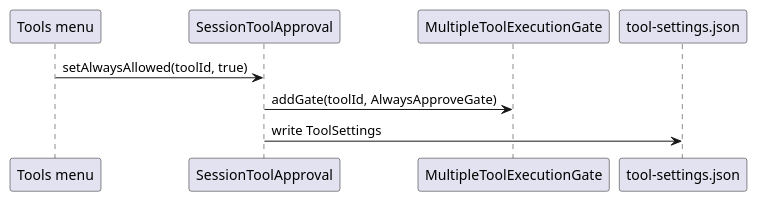
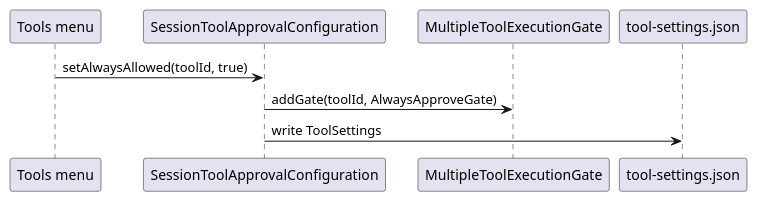
One commit to przemSzer/Desktop-LLM-Client changed the first of 3 diagrams in docs/tools/tool-approval.adoc. Above: the diagram before and after it, drawn with PlantUML.

Commit message:
Small doc fix

```diff
--- a/docs/tools/tool-approval.adoc
+++ b/docs/tools/tool-approval.adoc
@@ -29,13 +29,13 @@
 [plantuml]
 ----
 @startuml
 participant "Tools menu" as UI
-participant "SessionToolApproval" as Policy
+participant "SessionToolApprovalConfiguration" as Policy
 participant "MultipleToolExecutionGate" as Gate
 participant "tool-settings.json" as File
 
 UI -> Policy : setAlwaysAllowed(toolId, true)
 Policy -> Gate : addGate(toolId, AlwaysApproveGate)
 Policy -> File : write ToolSettings
 @enduml
 ----
```
